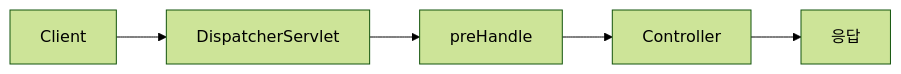
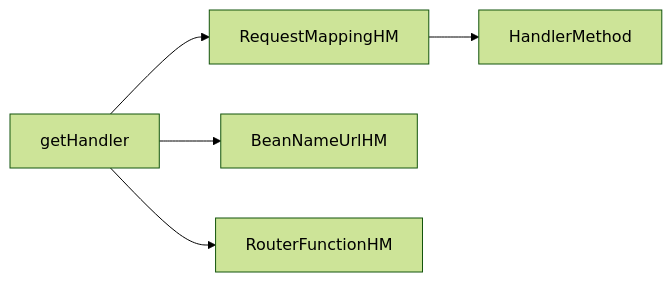
One commit to yjkim2015/yjkim2015.github.io changed the third of 12 diagrams in _posts/spring/2026-05-02-spring-mvc-deep.md. Above: the diagram before and after it, drawn with Mermaid (forest theme). The commit also changed other lines of this file and 4 other files, not shown here.

````diff
--- a/_posts/spring/2026-05-02-spring-mvc-deep.md
+++ b/_posts/spring/2026-05-02-spring-mvc-deep.md
@@ -121,7 +209,7 @@
 ```mermaid
 graph LR
-    A[Client] --> B[DispatcherServlet]
-    B --> C[preHandle]
-    C --> D[Controller]
-    D --> E[응답]
+    A[getHandler] --> B[RequestMappingHM]
+    A --> C[BeanNameUrlHM]
+    A --> D[RouterFunctionHM]
+    B --> E[HandlerMethod]
 ```
````
